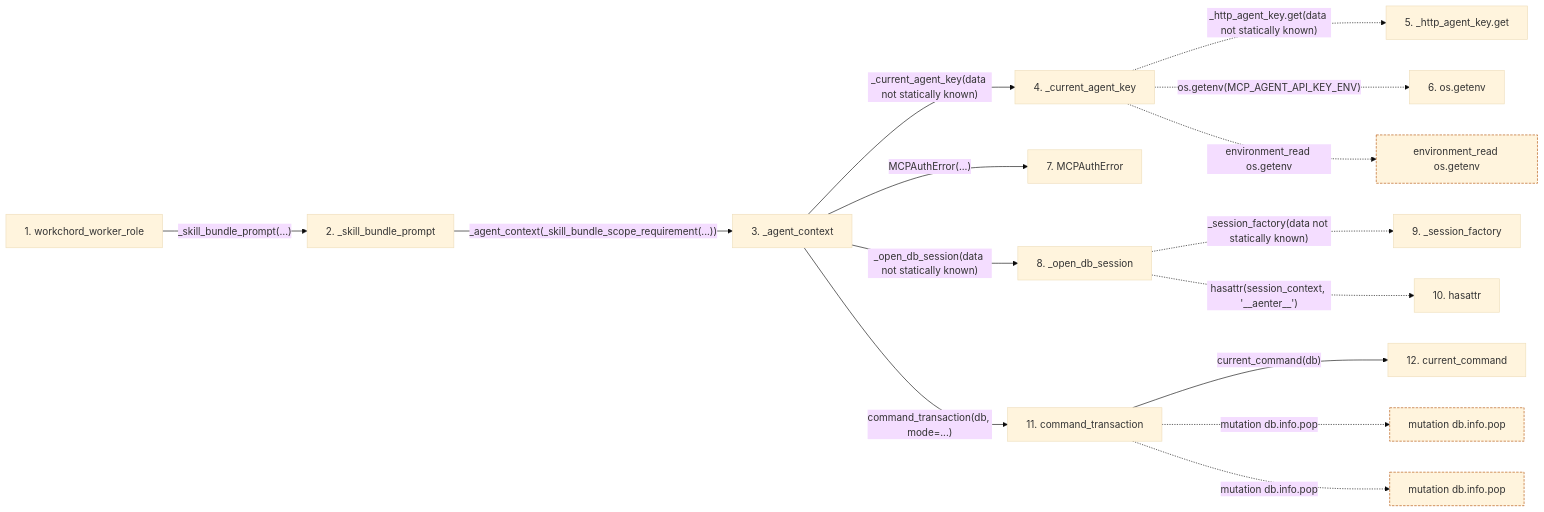
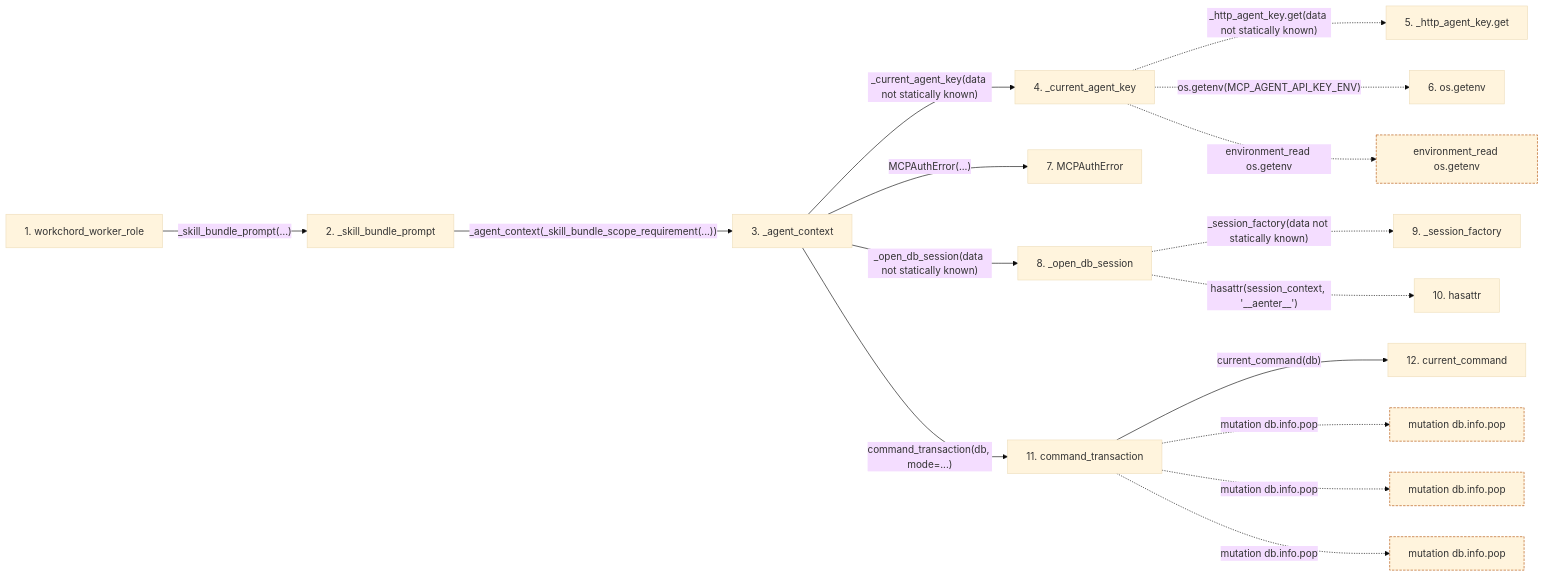
Before and after one commit to Denissvgn/WorkChord: the second of 2 diagrams in docs/llm_wiki/flows/mcp-workchord_worker_role.md, drawn with Mermaid (base theme). The commit also changed other lines of this file and 1888 other files, not shown here.

````diff
--- a/docs/llm_wiki/flows/mcp-workchord_worker_role.md
+++ b/docs/llm_wiki/flows/mcp-workchord_worker_role.md
@@ -77,44 +89,47 @@
 ```mermaid
 flowchart LR
     s1["1. workchord_worker_role"]
     s2["2. _skill_bundle_prompt"]
     s3["3. _agent_context"]
     s4["4. _current_agent_key"]
     s5["5. _http_agent_key.get"]
     s6["6. os.getenv"]
     s7["7. MCPAuthError"]
     s8["8. _open_db_session"]
     s9["9. _session_factory"]
     s10["10. hasattr"]
     s11["11. command_transaction"]
     s12["12. current_command"]
     s1 -->|"_skill_bundle_prompt(…)"| s2
     s2 -->|"_agent_context(_skill_bundle_scope_requirement(...))"| s3
     s3 -->|"_current_agent_key(data not statically known)"| s4
     s4 -. "_http_agent_key.get(data not statically known)" .-> s5
     s4 -. "os.getenv(MCP_AGENT_API_KEY_ENV)" .-> s6
     s3 -->|"MCPAuthError(...)"| s7
     s3 -->|"_open_db_session(data not statically known)"| s8
     s8 -. "_session_factory(data not statically known)" .-> s9
     s8 -. "hasattr(session_context, '__aenter__')" .-> s10
     s3 -->|"command_transaction(db, mode=...)"| s11
     s11 -->|"current_command(db)"| s12
     b0["environment_read os.getenv"]
     s4 -. "environment_read os.getenv" .-> b0
     b1["mutation db.info.pop"]
     s11 -. "mutation db.info.pop" .-> b1
     b2["mutation db.info.pop"]
     s11 -. "mutation db.info.pop" .-> b2
+    b3["mutation db.info.pop"]
+    s11 -. "mutation db.info.pop" .-> b3
     click s1 "../modules/mcp_server.md"
     click s2 "../modules/mcp_server.md"
     click s3 "../modules/mcp_server.md"
     click s4 "../modules/mcp_server.md"
     click s7 "../modules/mcp_server.md"
     click s8 "../modules/mcp_server.md"
     click s11 "../modules/commands.md"
     click s12 "../modules/commands.md"
     classDef boundary stroke:#b45309,stroke-dasharray: 4 2
     class b0 boundary
     class b1 boundary
     class b2 boundary
+    class b3 boundary
 ```
````
